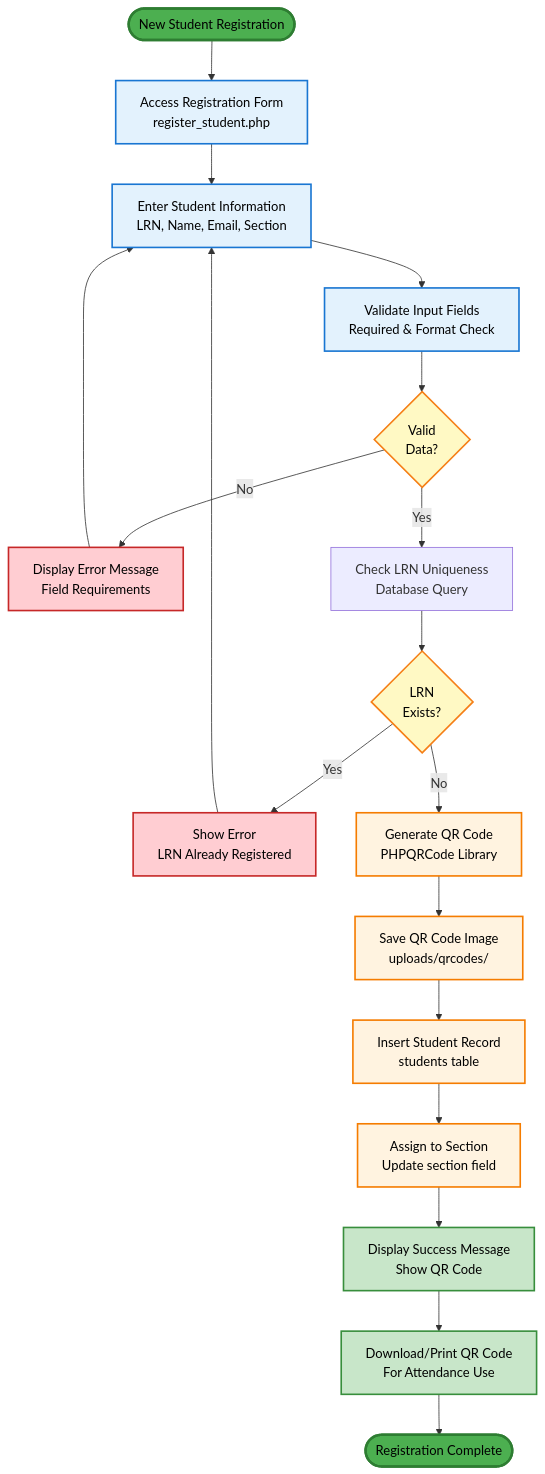
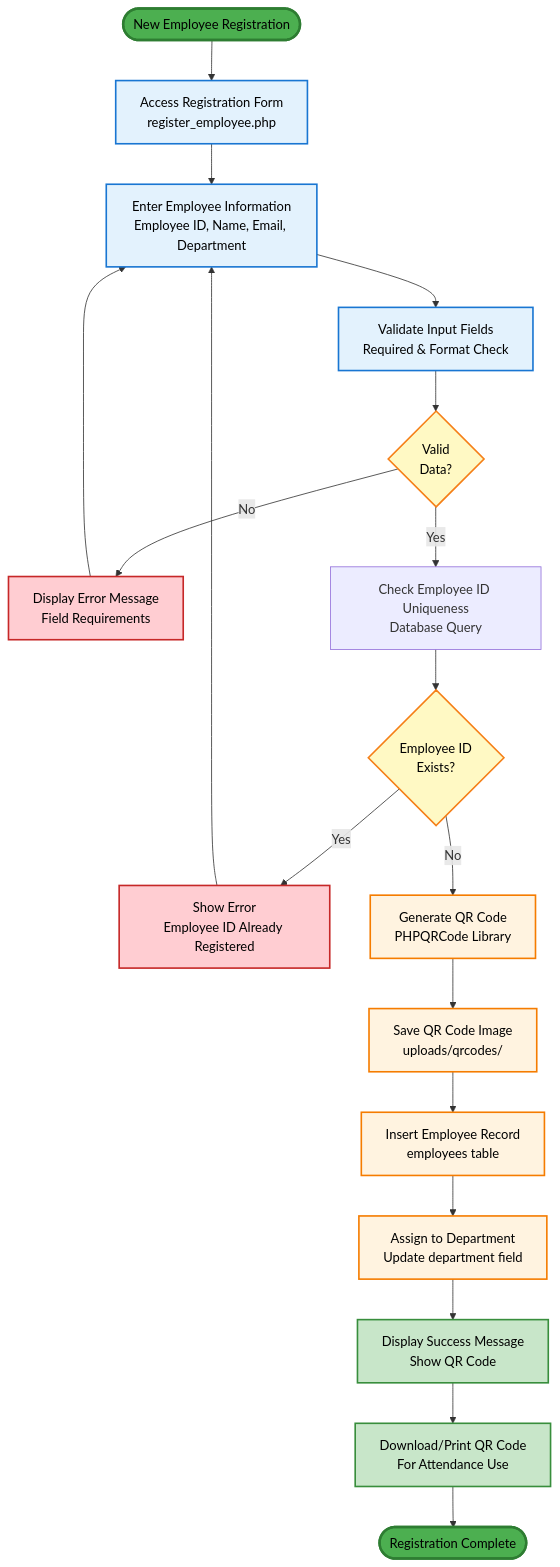
One commit to TsmHabib03/EAT changed the fourth of 8 diagrams in GENERAL_PROCEDURE_FLOWCHART.md. Above: the diagram before and after it, drawn with Mermaid. The commit also changed other lines of this file and 64 other files, not shown here.

````diff
--- a/GENERAL_PROCEDURE_FLOWCHART.md
+++ b/GENERAL_PROCEDURE_FLOWCHART.md
@@ -157,50 +157,50 @@
 ```mermaid
 flowchart TD
-    Start([New Student Registration]) --> A[Access Registration Form<br/>register_student.php]
+    Start([New Employee Registration]) --> A[Access Registration Form<br/>register_employee.php]
     
-    A --> B[Enter Student Information<br/>LRN, Name, Email, Section]
+    A --> B[Enter Employee Information<br/>Employee ID, Name, Email, Department]
     
     B --> C[Validate Input Fields<br/>Required & Format Check]
     
     C --> D{Valid<br/>Data?}
     
     D -->|No| E[Display Error Message<br/>Field Requirements]
-    D -->|Yes| F[Check LRN Uniqueness<br/>Database Query]
+    D -->|Yes| F[Check Employee ID Uniqueness<br/>Database Query]
     
     E --> B
     
-    F --> G{LRN<br/>Exists?}
+    F --> G{Employee ID<br/>Exists?}
     
-    G -->|Yes| H[Show Error<br/>LRN Already Registered]
+    G -->|Yes| H[Show Error<br/>Employee ID Already Registered]
     G -->|No| I[Generate QR Code<br/>PHPQRCode Library]
     
     H --> B
     
     I --> J[Save QR Code Image<br/>uploads/qrcodes/]
     
-    J --> K[Insert Student Record<br/>students table]
+    J --> K[Insert Employee Record<br/>employees table]
     
-    K --> L[Assign to Section<br/>Update section field]
+    K --> L[Assign to Department<br/>Update department field]
     
     L --> M[Display Success Message<br/>Show QR Code]
     
     M --> N[Download/Print QR Code<br/>For Attendance Use]
     
     N --> End([Registration Complete])
     
     style Start fill:#4CAF50,stroke:#2E7D32,stroke-width:3px,color:#000
     style End fill:#4CAF50,stroke:#2E7D32,stroke-width:3px,color:#000
     style D fill:#FFF9C4,stroke:#F57F17,stroke-width:2px,color:#000
     style G fill:#FFF9C4,stroke:#F57F17,stroke-width:2px,color:#000
     style E fill:#FFCDD2,stroke:#C62828,stroke-width:2px,color:#000
     style H fill:#FFCDD2,stroke:#C62828,stroke-width:2px,color:#000
     style A fill:#E3F2FD,stroke:#1976D2,stroke-width:2px,color:#000
     style B fill:#E3F2FD,stroke:#1976D2,stroke-width:2px,color:#000
     style C fill:#E3F2FD,stroke:#1976D2,stroke-width:2px,color:#000
     style I fill:#FFF3E0,stroke:#F57C00,stroke-width:2px,color:#000
     style J fill:#FFF3E0,stroke:#F57C00,stroke-width:2px,color:#000
     style K fill:#FFF3E0,stroke:#F57C00,stroke-width:2px,color:#000
     style L fill:#FFF3E0,stroke:#F57C00,stroke-width:2px,color:#000
     style M fill:#C8E6C9,stroke:#388E3C,stroke-width:2px,color:#000
     style N fill:#C8E6C9,stroke:#388E3C,stroke-width:2px,color:#000
 ```
````
